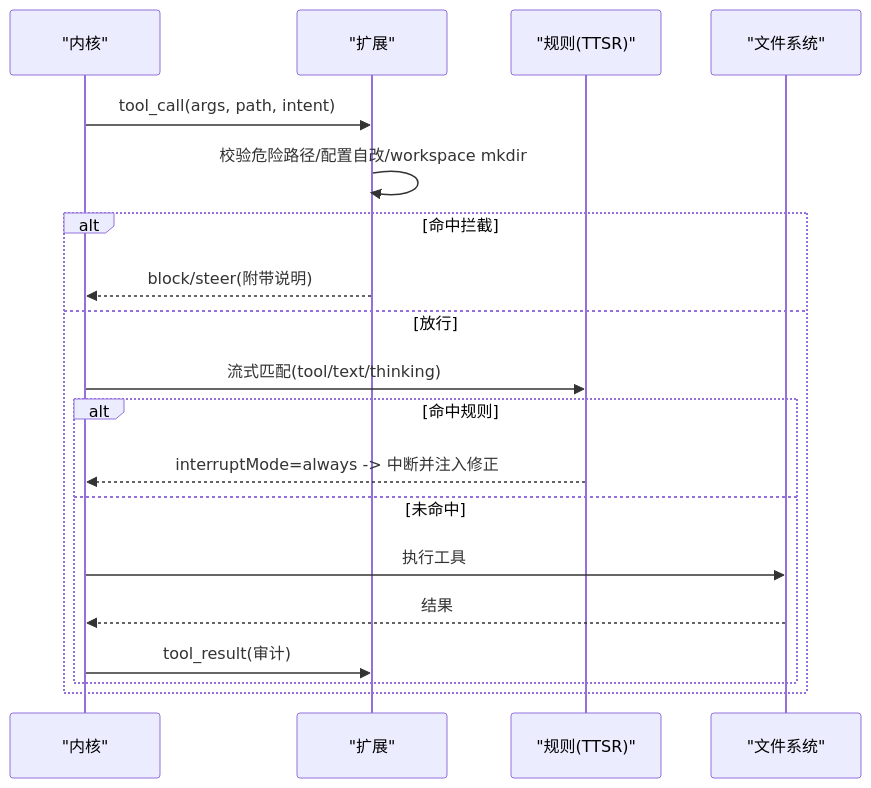
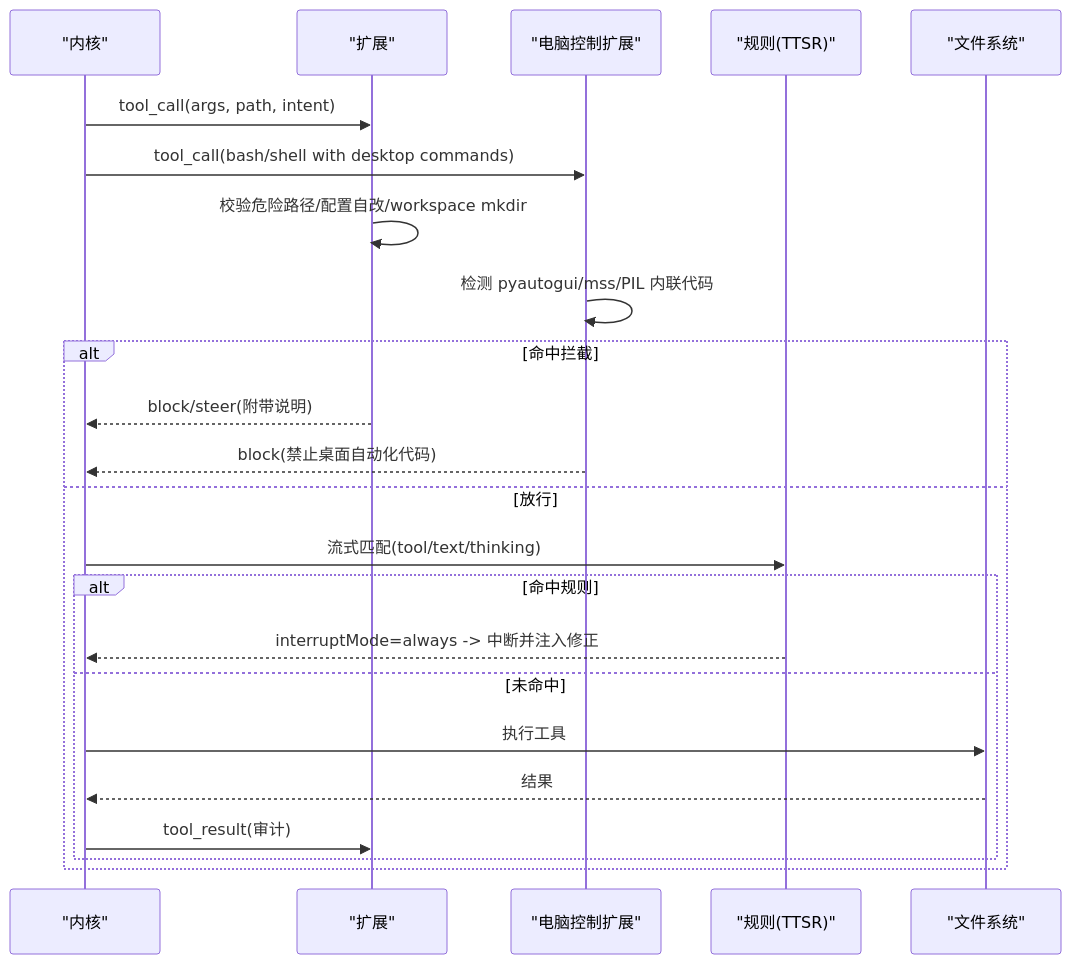
Before and after one commit to swond-Mao/Tiffa: the third of 6 diagrams in .qoder/repowiki/zh/content/核心架构/扩展系统.md, drawn with Mermaid. The commit also changed other lines of this file and 24 other files, not shown here.

````diff
--- a/.qoder/repowiki/zh/content/核心架构/扩展系统.md
+++ b/.qoder/repowiki/zh/content/核心架构/扩展系统.md
@@ -126,21 +141,25 @@
 ```mermaid
 sequenceDiagram
 participant K as "内核"
 participant E as "扩展"
+participant C as "电脑控制扩展"
 participant R as "规则(TTSR)"
 participant FS as "文件系统"
 K->>E : tool_call(args, path, intent)
+K->>C : tool_call(bash/shell with desktop commands)
 E->>E : 校验危险路径/配置自改/workspace mkdir
+C->>C : 检测 pyautogui/mss/PIL 内联代码
 alt 命中拦截
 E-->>K : block/steer(附带说明)
+C-->>K : block(禁止桌面自动化代码)
 else 放行
 K->>R : 流式匹配(tool/text/thinking)
 alt 命中规则
 R-->>K : interruptMode=always -> 中断并注入修正
 else 未命中
 K->>FS : 执行工具
 FS-->>K : 结果
 K->>E : tool_result(审计)
 end
 end
 ```
````
